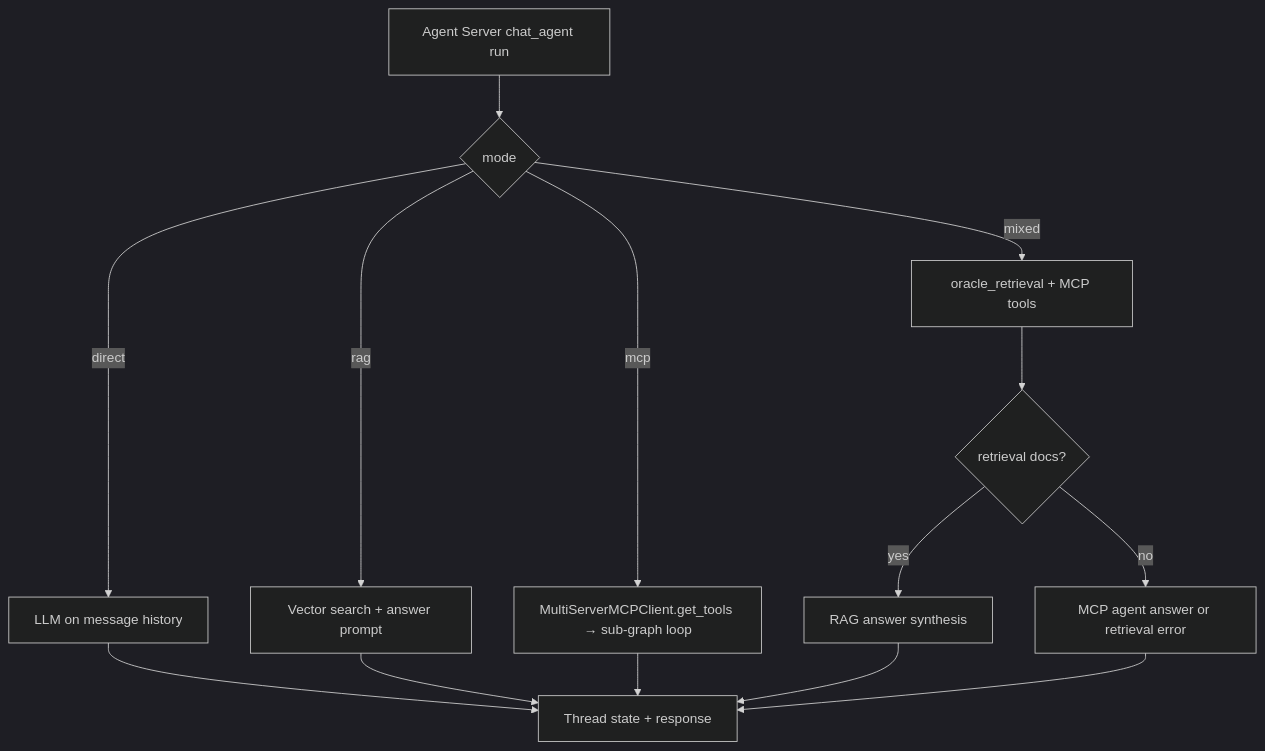
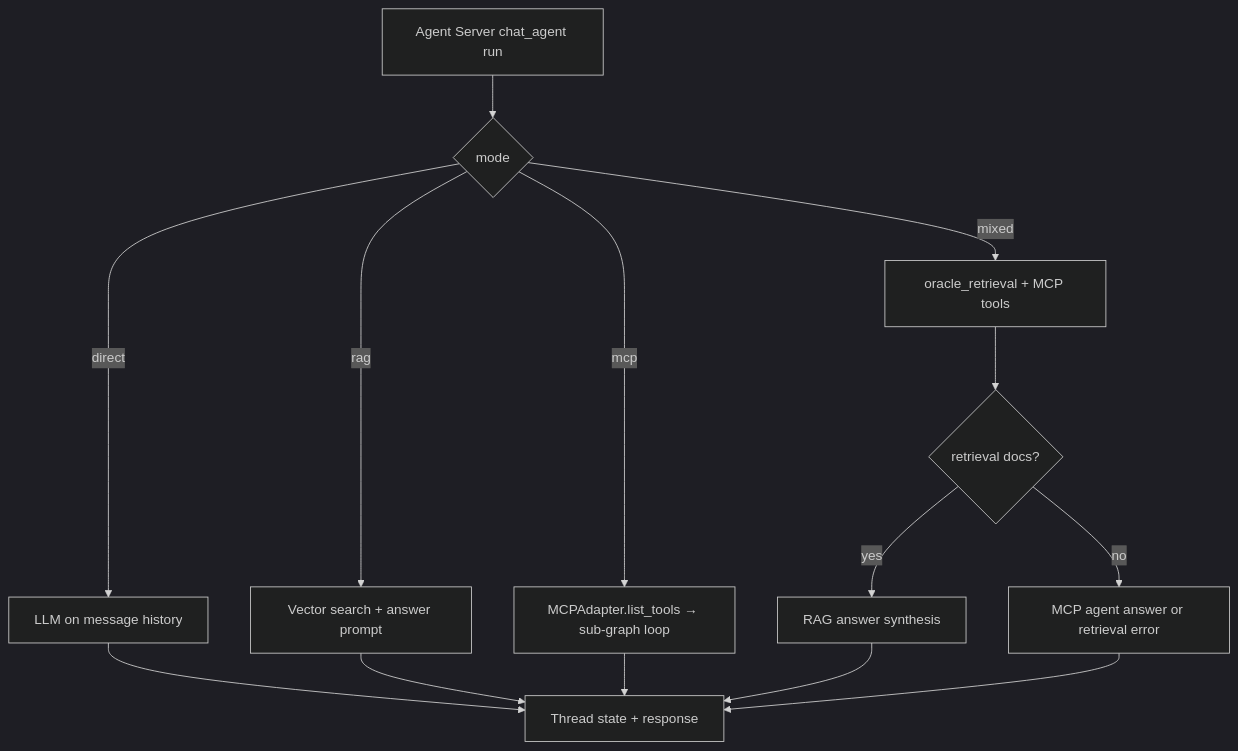
The diagram in docs/MCP-USAGE.md (varunyn/Oracle-26ai-LangChain-RAG), drawn with Mermaid (dark theme) before and after one commit. The commit also changed other lines of this file and 29 other files, not shown here.

````diff
--- a/docs/MCP-USAGE.md
+++ b/docs/MCP-USAGE.md
@@ -190,16 +190,16 @@
 ```mermaid
 flowchart TD
     A[Agent Server chat_agent run] --> C{mode}
     C -->|direct| D[LLM on message history]
     C -->|rag| E[Vector search + answer prompt]
-    C -->|mcp| F[MultiServerMCPClient.get_tools → sub-graph loop]
+    C -->|mcp| F[MCPAdapter.list_tools → sub-graph loop]
     C -->|mixed| G[oracle_retrieval + MCP tools]
     G --> I{retrieval docs?}
     I -->|yes| J[RAG answer synthesis]
     I -->|no| K[MCP agent answer or retrieval error]
     D --> H[Thread state + response]
     E --> H
     F --> H
     J --> H
     K --> H
 ```
````
